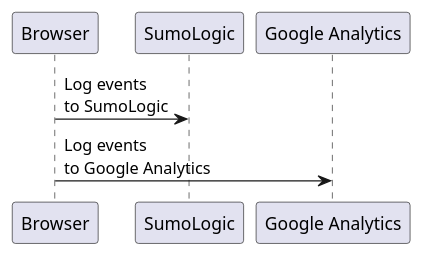
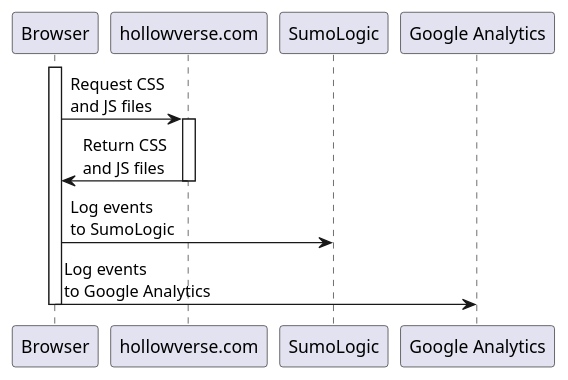
Before and after one commit to hollowverse-archive/architecture: the diagram in architectures/diagrams/afterDownloadingIndexHtmlAnyHollowversePage.puml, drawn with PlantUML. The commit also changed 9 other files, not shown here.

```diff
--- a/architectures/diagrams/afterDownloadingIndexHtmlAnyHollowversePage.puml
+++ b/architectures/diagrams/afterDownloadingIndexHtmlAnyHollowversePage.puml
@@ -1,8 +1,15 @@
 @startuml
 participant Browser as browser
+participant "hollowverse.com" as hollowverseCom
 participant SumoLogic as sl
 participant "Google Analytics" as ga
 
+activate browser
+browser -> hollowverseCom: Request CSS\nand JS files
+activate hollowverseCom
+hollowverseCom -> browser: Return CSS\nand JS files
+deactivate hollowverseCom
 browser -> sl: Log events\nto SumoLogic
 browser -> ga: Log events\nto Google Analytics
+deactivate browser
 @enduml
```
